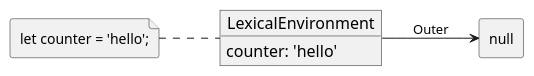
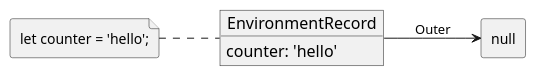
The diagram in static/puml/lexical.puml (znanjie/rerurn-true-to-win), drawn with PlantUML before and after one commit. The commit also changed 7 other files, not shown here.

```diff
--- a/static/puml/lexical.puml
+++ b/static/puml/lexical.puml
@@ -1,19 +1,19 @@
 @startuml LexicalEnvironmentDeclaration
 skinparam {
     FileFontSize 14
     ObjectAttributeFontSize 14
     ObjectFontSize 16
 }
 agent agent [
     null
 ]
 file counter [
     let counter = 'hello';
 ]
-object LexicalEnvironment
-LexicalEnvironment : counter: 'hello'
+object EnvironmentRecord
+EnvironmentRecord : counter: 'hello'
 
 left to right direction
-counter .. LexicalEnvironment
-LexicalEnvironment --> agent: Outer
+counter .. EnvironmentRecord
+EnvironmentRecord --> agent: Outer
 @enduml
```
